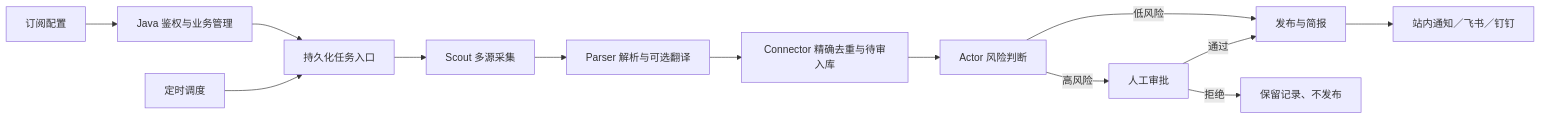
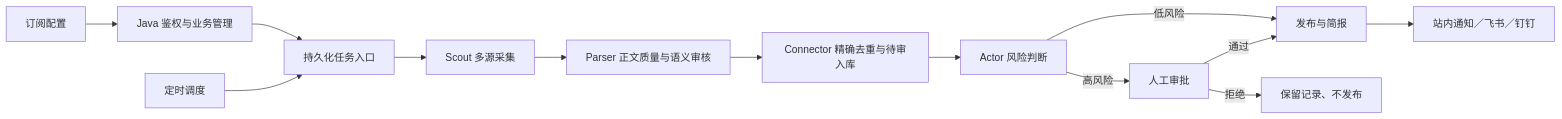
One commit to ywb-666-dev/NexusAI changed the diagram in README.md. Above: the diagram before and after it, drawn with Mermaid. The commit also changed other lines of this file and 38 other files, not shown here.

````diff
--- a/README.md
+++ b/README.md
@@ -9,15 +9,15 @@
 ```mermaid
 flowchart LR
     A[订阅配置] --> B[Java 鉴权与业务管理]
     B --> C[持久化任务入口]
     D[定时调度] --> C
     C --> E[Scout 多源采集]
-    E --> F[Parser 解析与可选翻译]
+    E --> F[Parser 正文质量与语义审核]
     F --> G[Connector 精确去重与待审入库]
     G --> H[Actor 风险判断]
     H -->|低风险| I[发布与简报]
     H -->|高风险| J[人工审批]
     J -->|通过| I
     J -->|拒绝| K[保留记录、不发布]
     I --> L[站内通知／飞书／钉钉]
 ```
````
